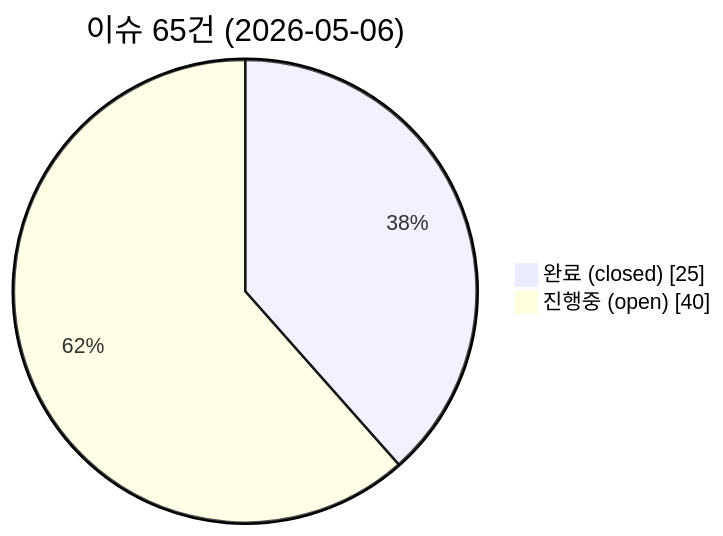
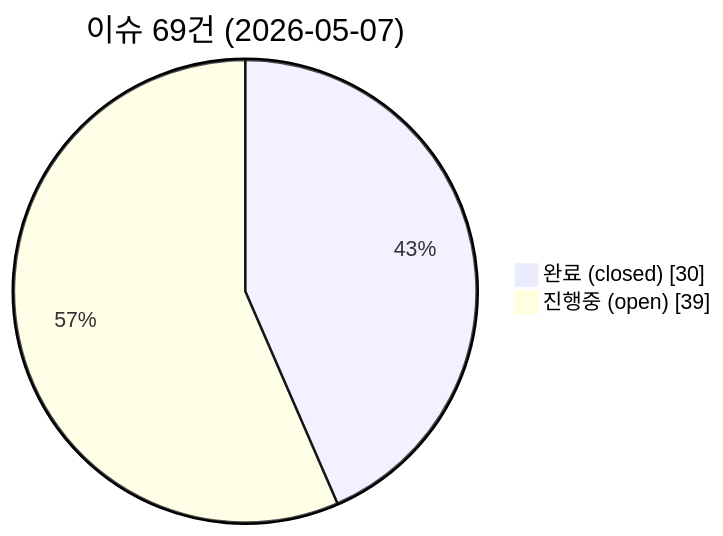
The first of 4 diagrams in README.md (holee9/MD-process), drawn with Mermaid before and after one commit. The commit also changed other lines of this file, not shown here.

````diff
--- a/README.md
+++ b/README.md
@@ -88,6 +88,6 @@
 ```mermaid
 pie showData
-    title 이슈 65건 (2026-05-06)
-    "완료 (closed)" : 25
-    "진행중 (open)" : 40
+    title 이슈 69건 (2026-05-07)
+    "완료 (closed)" : 30
+    "진행중 (open)" : 39
 ```
````
